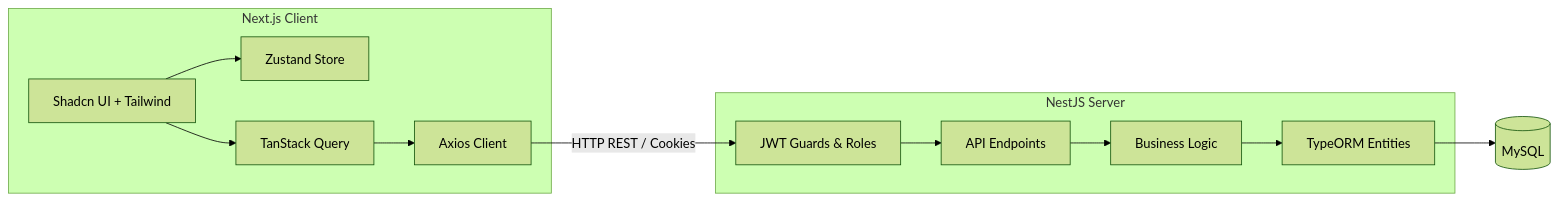
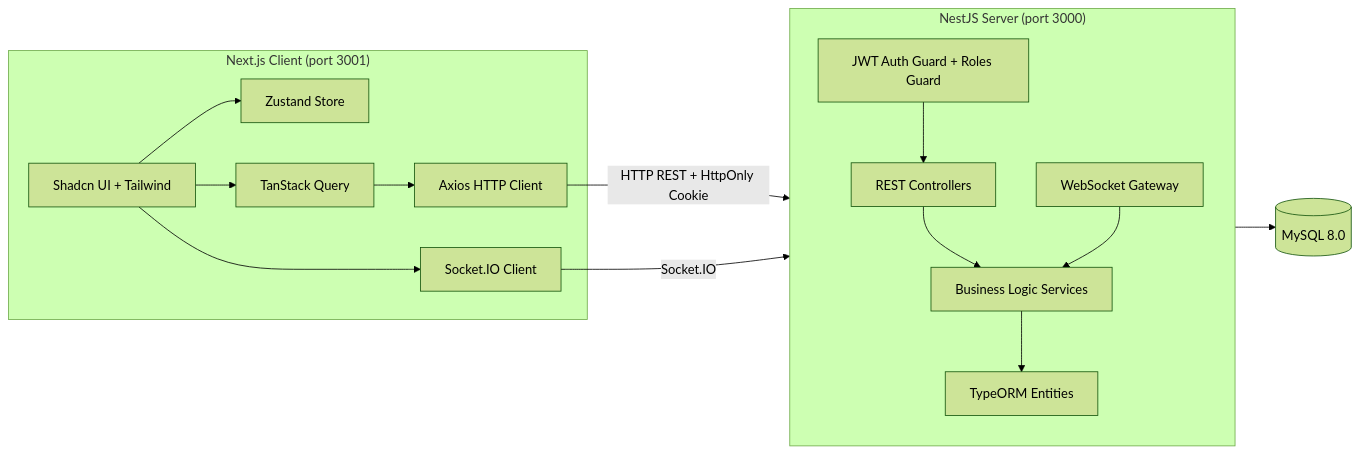
The diagram in README.md (mohamed-osamaaa/ElectroPiTask), drawn with Mermaid (forest theme) before and after one commit. The commit also changed other lines of this file and 2 other files, not shown here.

````diff
--- a/README.md
+++ b/README.md
@@ -11,27 +70,33 @@
 ```mermaid
 graph LR
-    subgraph Frontend [Next.js Client]
-        UI[Shadcn UI + Tailwind]
-        State[Zustand Store]
-        Query[TanStack Query]
-        API[Axios Client]
+    subgraph Client ["Next.js Client (port 3001)"]
+        UI["Shadcn UI + Tailwind"]
+        State["Zustand Store"]
+        Query["TanStack Query"]
+        WS["Socket.IO Client"]
+        API["Axios HTTP Client"]
     end
-    
-    subgraph Backend [NestJS Server]
-        Guards[JWT Guards & Roles]
-        Controllers[API Endpoints]
-        Services[Business Logic]
-        Entities[TypeORM Entities]
+
+    subgraph Server ["NestJS Server (port 3000)"]
+        direction TB
+        Guards["JWT Auth Guard + Roles Guard"]
+        Controllers["REST Controllers"]
+        Services["Business Logic Services"]
+        Gateway["WebSocket Gateway"]
+        Entities["TypeORM Entities"]
     end
-    
-    Database[(MySQL)]
-    
+
+    DB[(MySQL 8.0)]
+
     UI --> State
     UI --> Query
     Query --> API
-    API -->|HTTP REST / Cookies| Guards
+    UI --> WS
+    API -->|"HTTP REST + HttpOnly Cookie"| Guards
+    WS -->|"Socket.IO"| Gateway
     Guards --> Controllers
     Controllers --> Services
+    Gateway --> Services
     Services --> Entities
-    Entities --> Database
+    Entities --> DB
 ```
````
